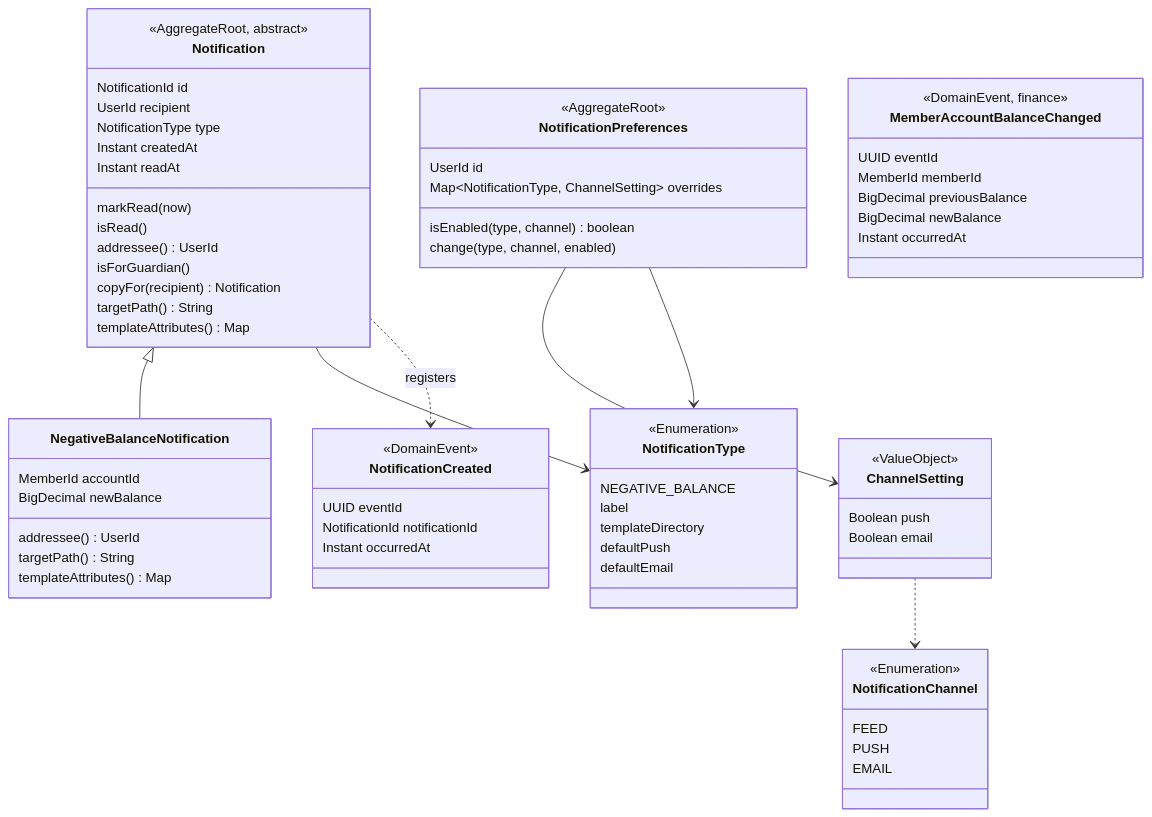
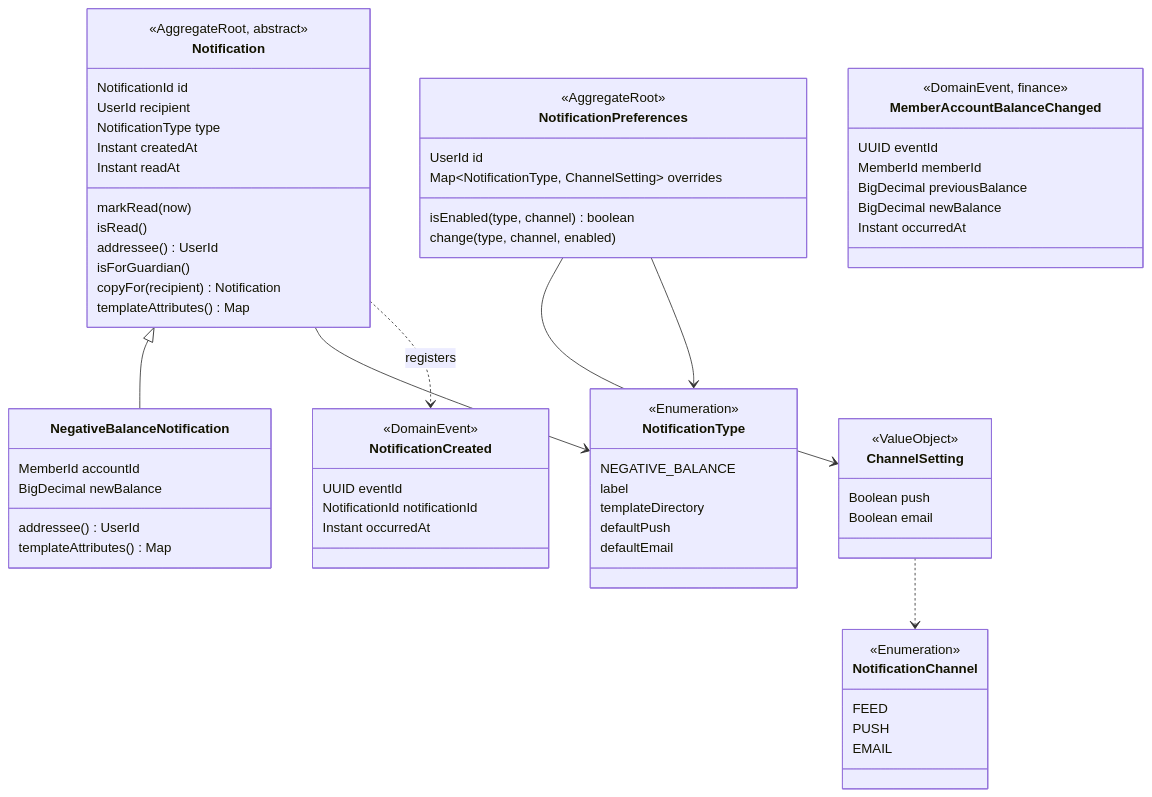
One commit to zabiny/klabis changed the second of 2 diagrams in openspec/changes/introduce-notification-feed/design.md. Above: the diagram before and after it, drawn with Mermaid. The commit also changed other lines of this file and 2 other files, not shown here.

````diff
--- a/openspec/changes/introduce-notification-feed/design.md
+++ b/openspec/changes/introduce-notification-feed/design.md
@@ -150,71 +162,69 @@
 ```mermaid
 classDiagram
     class Notification {
         <<AggregateRoot, abstract>>
         NotificationId id
         UserId recipient
         NotificationType type
         Instant createdAt
         Instant readAt
         markRead(now)
         isRead()
         addressee() UserId
         isForGuardian()
         copyFor(recipient) Notification
-        targetPath() String
         templateAttributes() Map
     }
     class NegativeBalanceNotification {
         MemberId accountId
         BigDecimal newBalance
         addressee() UserId
-        targetPath() String
         templateAttributes() Map
     }
     class NotificationPreferences {
         <<AggregateRoot>>
         UserId id
         Map~NotificationType, ChannelSetting~ overrides
         isEnabled(type, channel) boolean
         change(type, channel, enabled)
     }
     class ChannelSetting {
         <<ValueObject>>
         Boolean push
         Boolean email
     }
     class NotificationType {
         <<Enumeration>>
         NEGATIVE_BALANCE
         label
         templateDirectory
         defaultPush
         defaultEmail
     }
     class NotificationChannel {
         <<Enumeration>>
         FEED
         PUSH
         EMAIL
     }
     class NotificationCreated {
         <<DomainEvent>>
         UUID eventId
         NotificationId notificationId
         Instant occurredAt
     }
     class MemberAccountBalanceChanged {
         <<DomainEvent, finance>>
         UUID eventId
         MemberId memberId
         BigDecimal previousBalance
         BigDecimal newBalance
         Instant occurredAt
     }
     Notification <|-- NegativeBalanceNotification
     Notification --> NotificationType
     Notification ..> NotificationCreated : registers
     NotificationPreferences --> ChannelSetting
     NotificationPreferences --> NotificationType
     ChannelSetting ..> NotificationChannel
 ```
````
